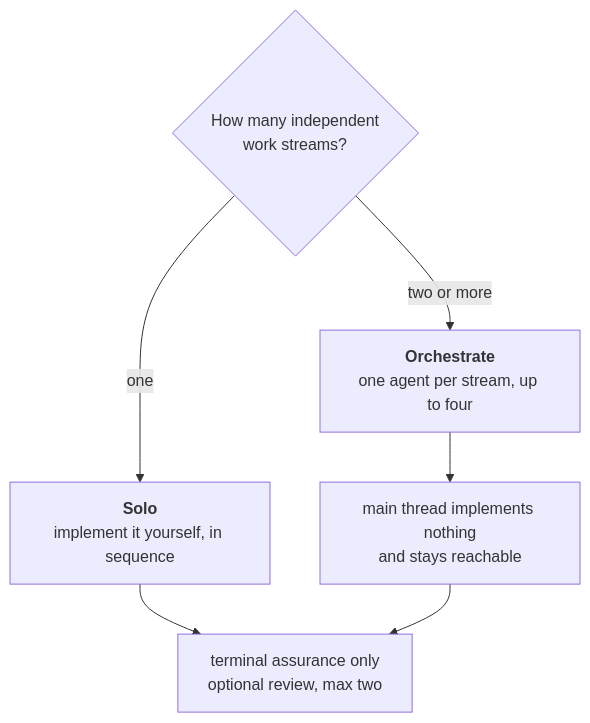
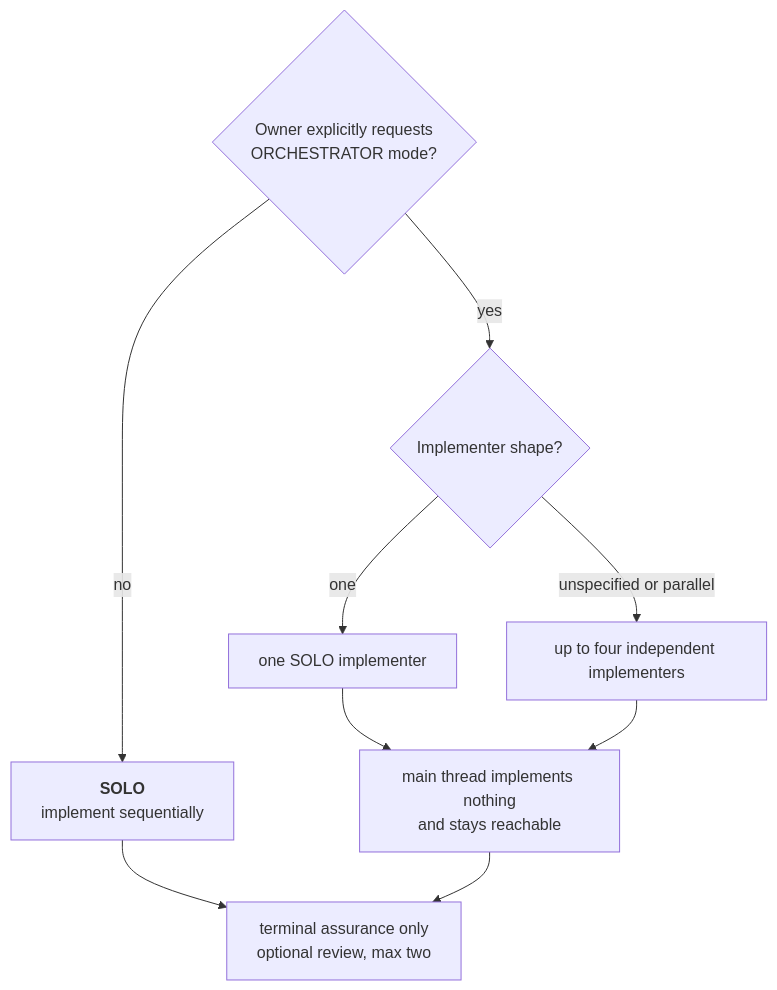
Before and after one commit to ShaftHQ/SHAFT_ENGINE: the third of 4 diagrams in .agents/skills/README.md, drawn with Mermaid. The commit also changed other lines of this file and 1 other file, not shown here.

Commit message:
docs(agent): align skills map with solo workflow

````diff
--- a/.agents/skills/README.md
+++ b/.agents/skills/README.md
@@ -74,9 +73,12 @@
 ```mermaid
 flowchart TD
-    Q{"How many independent<br/>work streams?"}
-    Q -->|one| S["<b>Solo</b><br/>implement it yourself, in sequence"]
-    Q -->|"two or more"| O["<b>Orchestrate</b><br/>one agent per stream, up to four"]
+    Q{"Owner explicitly requests<br/>ORCHESTRATOR mode?"}
+    Q -->|no| S["<b>SOLO</b><br/>implement sequentially"]
+    Q -->|yes| O{"Implementer shape?"}
+    O -->|one| OS["one SOLO implementer"]
+    O -->|unspecified or parallel| OP["up to four independent implementers"]
     S --> RV["terminal assurance only<br/>optional review, max two"]
-    O --> OW["main thread implements nothing<br/>and stays reachable"]
+    OS --> OW["main thread implements nothing<br/>and stays reachable"]
+    OP --> OW
     OW --> RV
 ```
````
